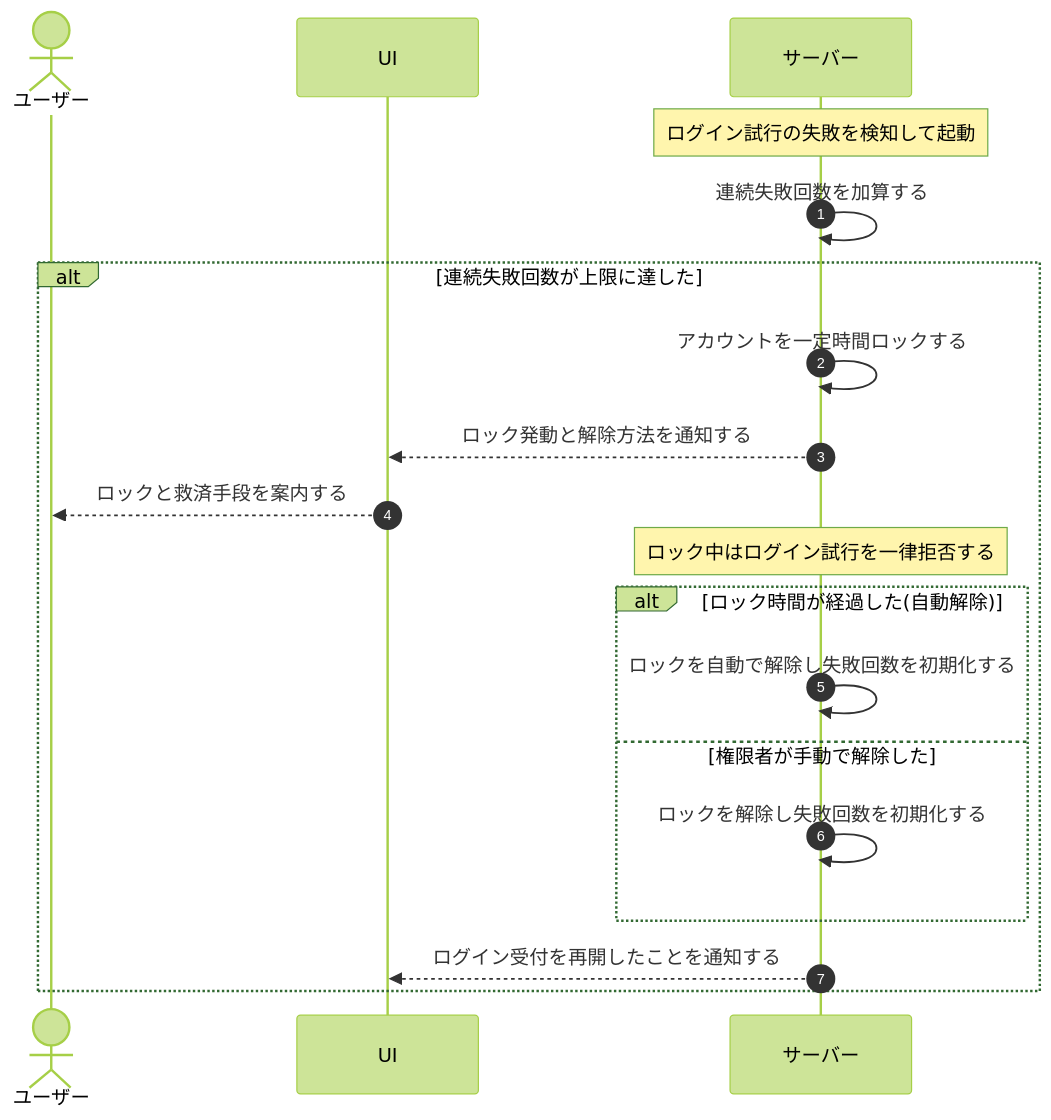
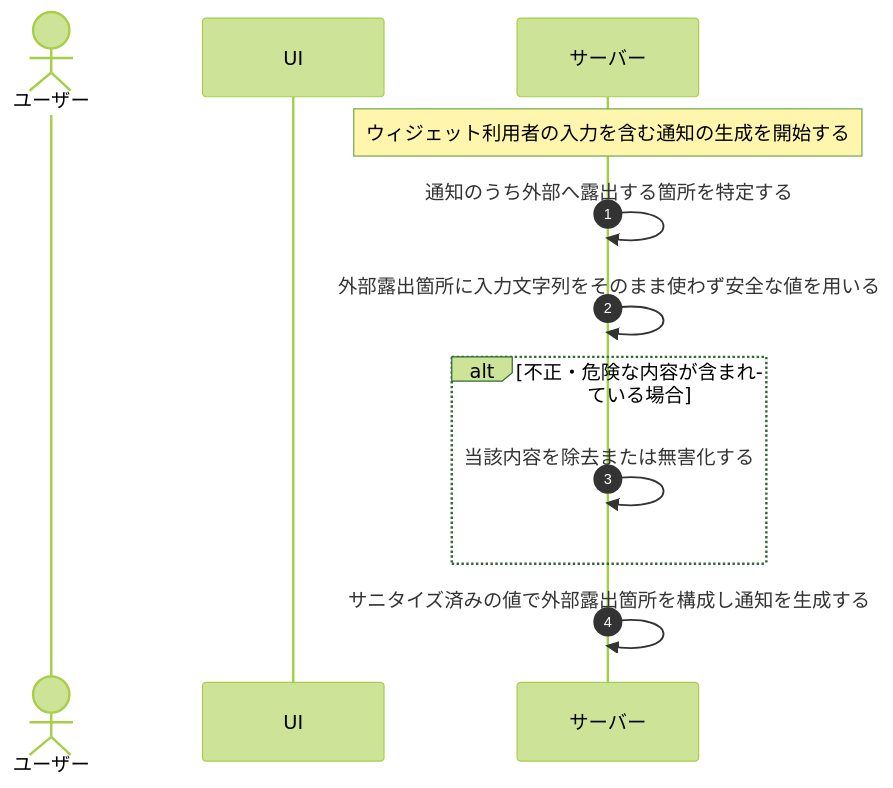
One commit to sikakou54/open-faq changed the diagram in 01_requirements/04_business_usecases/UC-072.md. Above: the diagram before and after it, drawn with Mermaid (forest theme). The commit also changed other lines of this file and 395 other files, not shown here.

````diff
--- a/01_requirements/04_business_usecases/UC-072.md
+++ b/01_requirements/04_business_usecases/UC-072.md
@@ -27,21 +26,14 @@
 ```mermaid
 sequenceDiagram
   autonumber
   actor U as ユーザー
   participant UI as UI
   participant S as サーバー
-  Note over S: ログイン試行の失敗を検知して起動
-  S->>S: 連続失敗回数を加算する
-  alt 連続失敗回数が上限に達した
-    S->>S: アカウントを一定時間ロックする
-    S-->>UI: ロック発動と解除方法を通知する
-    UI-->>U: ロックと救済手段を案内する
-    Note over S: ロック中はログイン試行を一律拒否する
-    alt ロック時間が経過した(自動解除)
-      S->>S: ロックを自動で解除し失敗回数を初期化する
-    else 権限者が手動で解除した
-      S->>S: ロックを解除し失敗回数を初期化する
-    end
-    S-->>UI: ログイン受付を再開したことを通知する
+  Note over S: ウィジェット利用者の入力を含む通知の生成を開始する
+  S->>S: 通知のうち外部へ露出する箇所を特定する
+  S->>S: 外部露出箇所に入力文字列をそのまま使わず安全な値を用いる
+  alt 不正・危険な内容が含まれている場合
+    S->>S: 当該内容を除去または無害化する
   end
+  S->>S: サニタイズ済みの値で外部露出箇所を構成し通知を生成する
 ```
````
